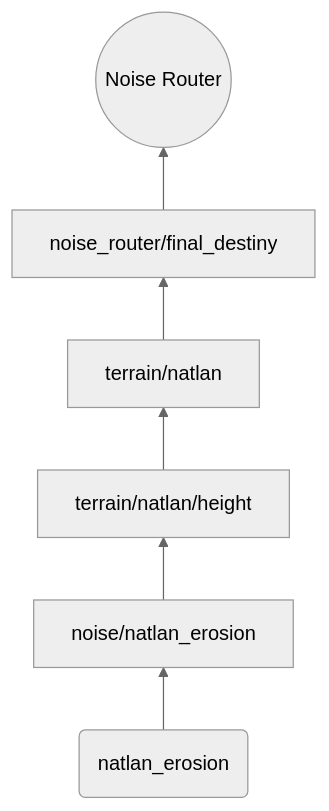
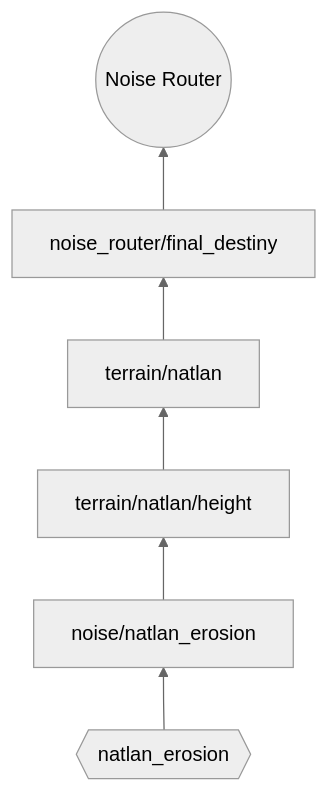
The diagram in README.md (annhilati/teyvat), drawn with Mermaid (neutral theme) before and after one commit. The commit also changed other lines of this file and 9 other files, not shown here.

````diff
--- a/README.md
+++ b/README.md
@@ -11,10 +17,10 @@
 ```mermaid
 flowchart BT
     NR((Noise Router))
-    nr/fd[noise_router/final_destiny] --> NR
-    t/nat[terrain/natlan] --> nr/fd
-    t/nat/h[terrain/natlan/height] --> t/nat
-    n/nate[noise/natlan_erosion] --> t/nat/h
-    Nnate(natlan_erosion) --> n/nate
+    nr/final_destiny[noise_router/final_destiny] --> NR
+    t/natlan[terrain/natlan] --> nr/final_destiny
+    t/natlan/height[terrain/natlan/height] --> t/natlan
+    n/natlan_erosion[noise/natlan_erosion] --> t/natlan/height
+    Nnate{{natlan_erosion}} --> n/natlan_erosion
 
 ```
````
